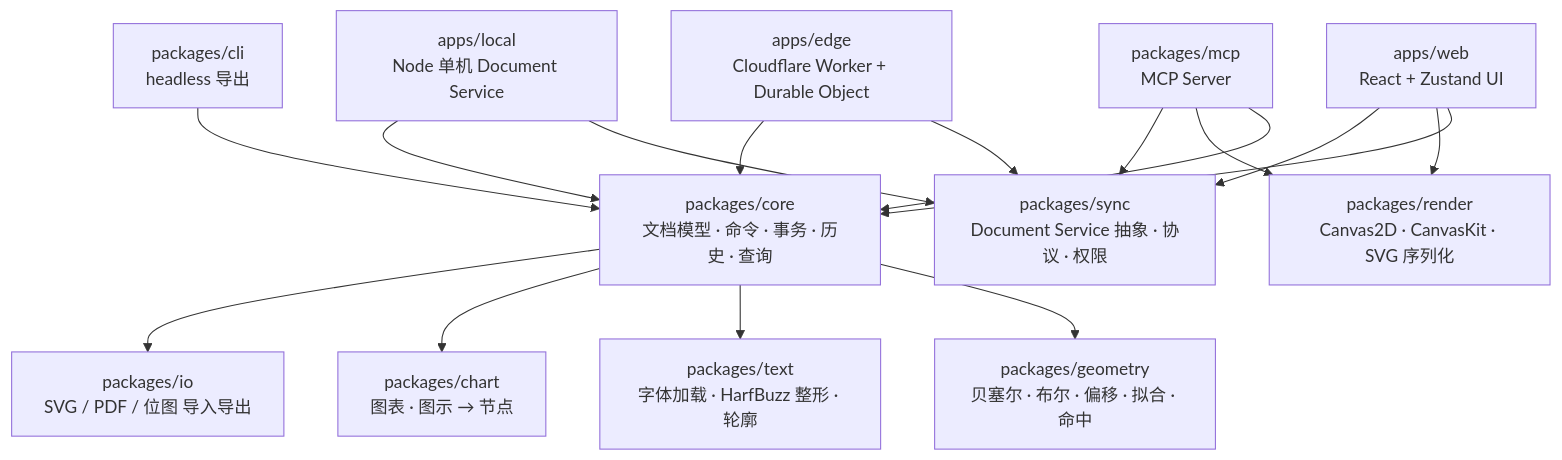
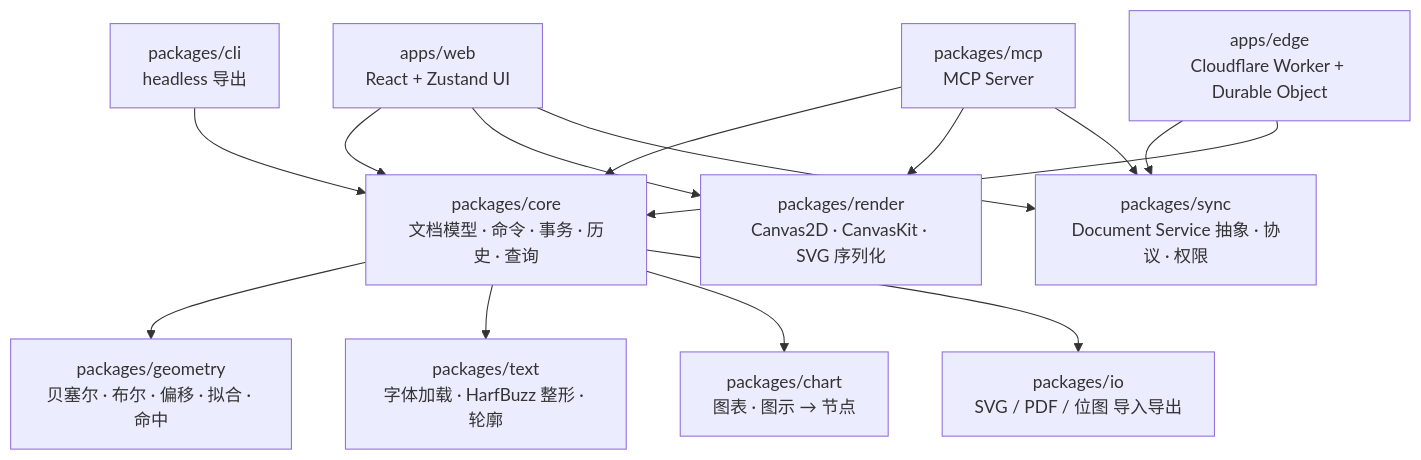
The second of 2 diagrams in docs/REQUIREMENTS.md (286486/sable), drawn with Mermaid before and after one commit. The commit also changed other lines of this file and 13 other files, not shown here.

````diff
--- a/docs/REQUIREMENTS.md
+++ b/docs/REQUIREMENTS.md
@@ -770,30 +787,27 @@
 ```mermaid
 flowchart TD
   UI[apps/web<br/>React + Zustand UI]
   MCP[packages/mcp<br/>MCP Server]
   CLI[packages/cli<br/>headless 导出]
   CORE[packages/core<br/>文档模型 · 命令 · 事务 · 历史 · 查询]
   GEO[packages/geometry<br/>贝塞尔 · 布尔 · 偏移 · 拟合 · 命中]
   TEXT[packages/text<br/>字体加载 · HarfBuzz 整形 · 轮廓]
   CHART[packages/chart<br/>图表 · 图示 → 节点]
   RENDER[packages/render<br/>Canvas2D · CanvasKit · SVG 序列化]
   IO[packages/io<br/>SVG / PDF / 位图 导入导出]
   SYNC[packages/sync<br/>Document Service 抽象 · 协议 · 权限]
   EDGE[apps/edge<br/>Cloudflare Worker + Durable Object]
-  LOCAL[apps/local<br/>Node 单机 Document Service]
   UI --> CORE
   MCP --> CORE
   CLI --> CORE
   CORE --> GEO
   CORE --> TEXT
   CORE --> CHART
   UI --> RENDER
   MCP --> RENDER
   CORE --> IO
   UI --> SYNC
   MCP --> SYNC
   EDGE --> SYNC
-  LOCAL --> SYNC
   EDGE --> CORE
-  LOCAL --> CORE
 ```
````
